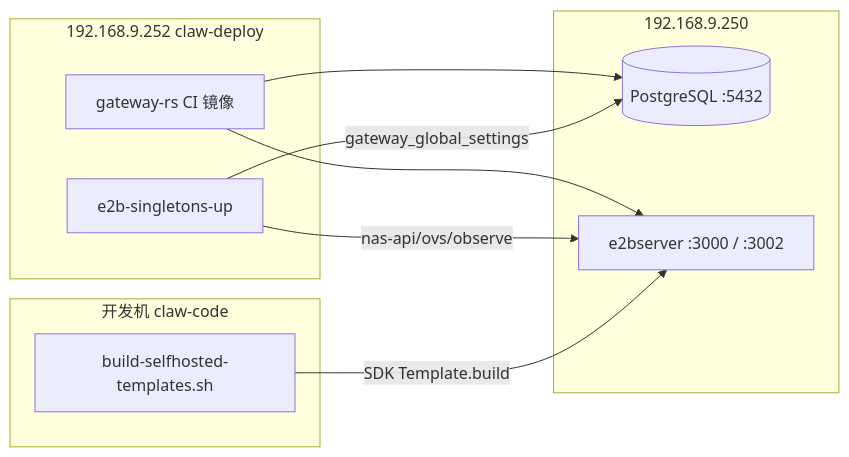
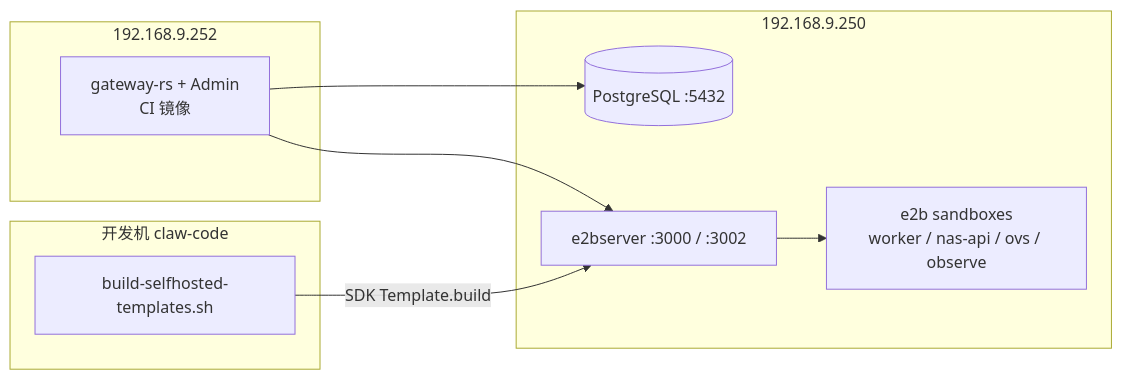
The diagram in deploy/docs/pre-252-e2b-pipeline.md (passionke/claw-code), drawn with Mermaid before and after one commit. The commit also changed other lines of this file and 34 other files, not shown here.

````diff
--- a/deploy/docs/pre-252-e2b-pipeline.md
+++ b/deploy/docs/pre-252-e2b-pipeline.md
@@ -18,19 +17,18 @@
 ```mermaid
 flowchart LR
   subgraph dev["开发机 claw-code"]
     T[build-selfhosted-templates.sh]
   end
   subgraph host250["192.168.9.250"]
     PG[(PostgreSQL :5432)]
     E2B[e2bserver :3000 / :3002]
+    SBX[e2b sandboxes<br/>worker / nas-api / ovs / observe]
   end
-  subgraph host252["192.168.9.252 claw-deploy"]
-    GW[gateway-rs CI 镜像]
-    S[e2b-singletons-up]
+  subgraph host252["192.168.9.252"]
+    GW[gateway-rs + Admin<br/>CI 镜像]
   end
   T -->|SDK Template.build| E2B
-  S -->|nas-api/ovs/observe| E2B
-  S -->|gateway_global_settings| PG
+  E2B --> SBX
   GW --> PG
   GW --> E2B
 ```
````
